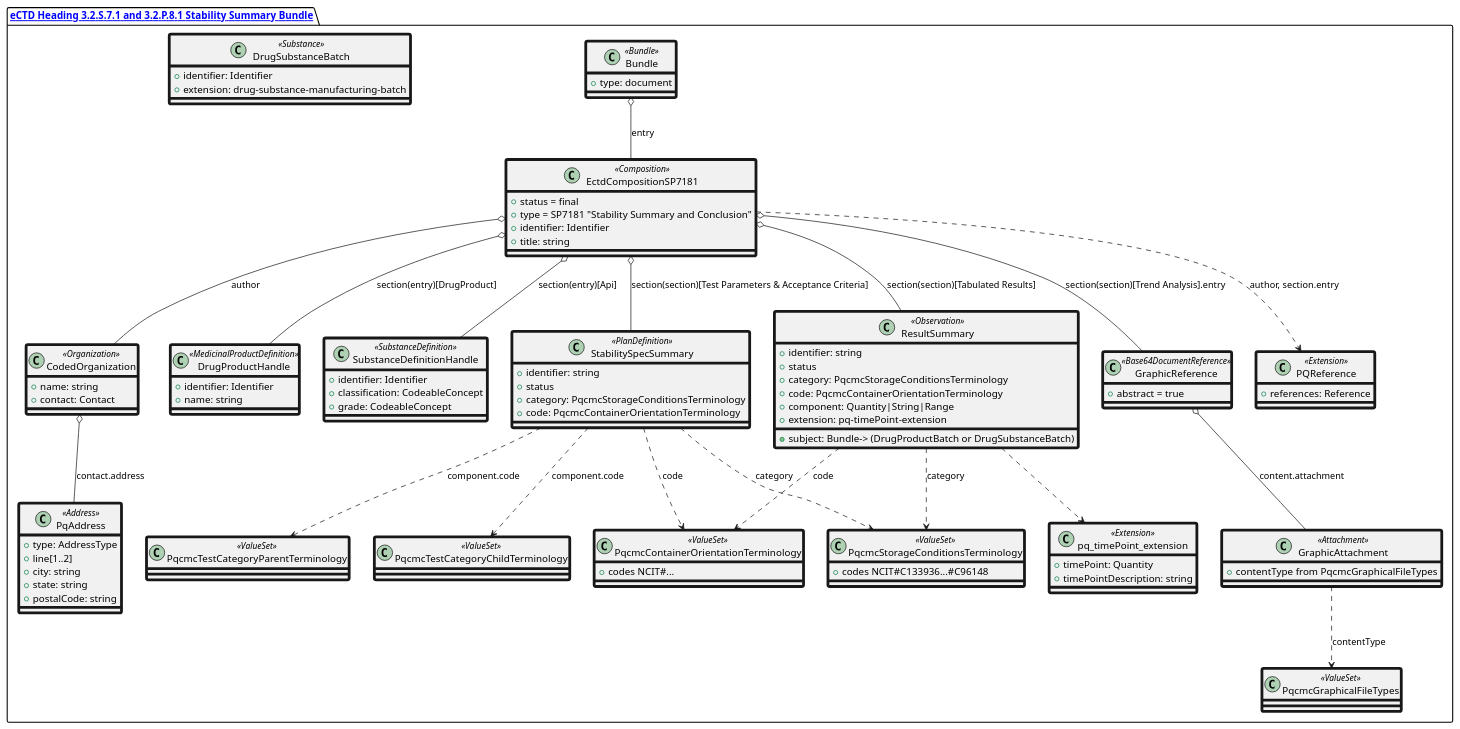
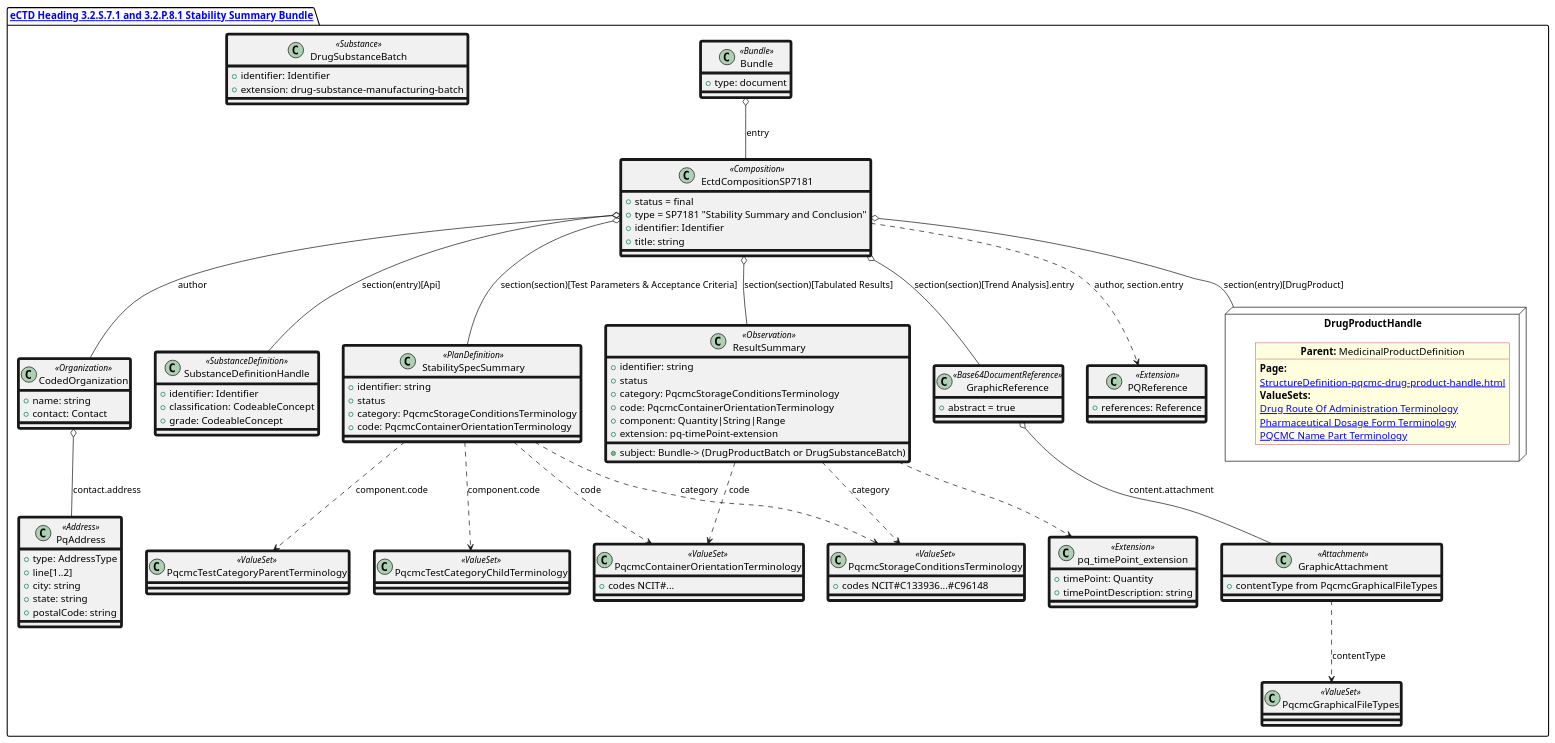
The diagram in input/images-source/StabilitySummary.plantuml (HL7/FHIR-us-pq-cmc-fda), drawn with PlantUML before and after one commit. The commit also changed 2 other files, not shown here.

```diff
--- a/input/images-source/StabilitySummary.plantuml
+++ b/input/images-source/StabilitySummary.plantuml
@@ -1,144 +1,151 @@
 @startuml StabilitySummary
 allowmixing
 'Mixed model of use case and object
 skinparam svgDimensionStyle false
 skinparam ObjectBackgroundColor LightYellow
 skinparam ObjectBorderColor #A80036
 skinparam activityDiamondBorderColor #A80036
 skinparam activityDiamondBackgroundColor lawnGreen
 skinparam ClassBorderThickness 4
 
 package "[[StructureDefinition-cmc-ectd-document-sp7181.html eCTD Heading 3.2.S.7.1 and 3.2.P.8.1 Stability Summary Bundle]]" as NODES {
 
 
   ' Bundle container for all entries
   class Bundle <<Bundle>> {
     +type: document
   }
 
   ' Composition profile for stability summary
   class EctdCompositionSP7181 <<Composition>> {
     +status = final
     +type = SP7181 "Stability Summary and Conclusion"
     +identifier: Identifier
     +title: string
   }
 
   ' Reference to sponsoring organization
   class CodedOrganization <<Organization>> {
     +name: string
     +contact: Contact
   }
 
   ' Address profile for contacts
   class PqAddress <<Address>> {
     +type: AddressType
     +line[1..2]
     +city: string
     +state: string
     +postalCode: string
   }
 
-  ' Drug product handle
-  class DrugProductHandle <<MedicinalProductDefinition>> {
-    +identifier: Identifier
-    +name: string
+
+    node "DrugProductHandle" as DrugProductHandle {
+
+    object "**Parent:** MedicinalProductDefinition" as objcross {
+      **Page:**
+      [[StructureDefinition-pqcmc-drug-product-handle.html]]
+      **ValueSets:**
+      [[ValueSet-spl-drug-route-of-administration-terminology.html Drug Route Of Administration Terminology]]
+      [[ValueSet-spl-pharmaceutical-dosage-form-terminology.html Pharmaceutical Dosage Form Terminology]]
+      [[ValueSet-pqcmc-name-part-terminology.html PQCMC Name Part Terminology]]
+    }
   }
 
   ' Drug substance definition handle
   class SubstanceDefinitionHandle <<SubstanceDefinition>> {
     +identifier: Identifier
     +classification: CodeableConcept
     +grade: CodeableConcept
   }
 
   ' Drug substance batch profile
   class DrugSubstanceBatch <<Substance>> {
     +identifier: Identifier
     +extension: drug-substance-manufacturing-batch
   }
 
   ' PlanDefinition for specification of stability tests
   class StabilitySpecSummary <<PlanDefinition>> {
     +identifier: string
     +status
     +category: PqcmcStorageConditionsTerminology
     +code: PqcmcContainerOrientationTerminology
   }
 
   ' Observation for result summary
   class ResultSummary <<Observation>> {
     +identifier: string
     +status
     +category: PqcmcStorageConditionsTerminology
     +code: PqcmcContainerOrientationTerminology
     +subject: Bundle-> (DrugProductBatch or DrugSubstanceBatch)
     +component: Quantity|String|Range
     +extension: pq-timePoint-extension
   }
 
   ' DocumentReference for graphic attachments
   class GraphicReference <<Base64DocumentReference>> {
     +abstract = true
   }
 
   ' Attachment profile for graphics
   class GraphicAttachment <<Attachment>> {
     +contentType from PqcmcGraphicalFileTypes
   }
 
   ' Extensions
   class PQReference <<Extension>> {
     +references: Reference
   }
   class pq_timePoint_extension <<Extension>> {
     +timePoint: Quantity
     +timePointDescription: string
   }
 
   ' ValueSets
   class PqcmcStorageConditionsTerminology <<ValueSet>> {
     +codes NCIT#C133936...#C96148
   }
   class PqcmcContainerOrientationTerminology <<ValueSet>> {
     +codes NCIT#...
   }
   class PqcmcTestCategoryParentTerminology <<ValueSet>>
   class PqcmcTestCategoryChildTerminology <<ValueSet>>
   class PqcmcGraphicalFileTypes <<ValueSet>>
 
   ' Relationships inside the Bundle
   Bundle o-- EctdCompositionSP7181 : entry
   EctdCompositionSP7181 o-- CodedOrganization : author
   CodedOrganization o-- PqAddress : contact.address
 
   ' Composition sections referencing other resources
   EctdCompositionSP7181 o-- DrugProductHandle : section(entry)[DrugProduct]
   EctdCompositionSP7181 o-- SubstanceDefinitionHandle : section(entry)[Api]
   EctdCompositionSP7181 o-- StabilitySpecSummary : section(section)[Test Parameters & Acceptance Criteria]
 
   ' Results section entries
   EctdCompositionSP7181 o-- ResultSummary : section(section)[Tabulated Results]
 
   ' Trend Analysis graphics
   EctdCompositionSP7181 o-- GraphicReference : section(section)[Trend Analysis].entry
   GraphicReference o-- GraphicAttachment : content.attachment
 
   ' Observations reference extensions and ValueSets
   ResultSummary ..> pq_timePoint_extension
   ResultSummary ..> PqcmcStorageConditionsTerminology : category
   ResultSummary ..> PqcmcContainerOrientationTerminology : code
 
   ' PlanDefinition uses ValueSets
   StabilitySpecSummary ..> PqcmcStorageConditionsTerminology : category
   StabilitySpecSummary ..> PqcmcContainerOrientationTerminology : code
   StabilitySpecSummary ..> PqcmcTestCategoryParentTerminology : component.code
   StabilitySpecSummary ..> PqcmcTestCategoryChildTerminology : component.code
 
   ' GraphicAttachment binds to file-type ValueSet
   GraphicAttachment ..> PqcmcGraphicalFileTypes : contentType
 
   ' PQReference extension usage
   EctdCompositionSP7181 ..> PQReference : author, section.entry
 }
 @enduml
```
